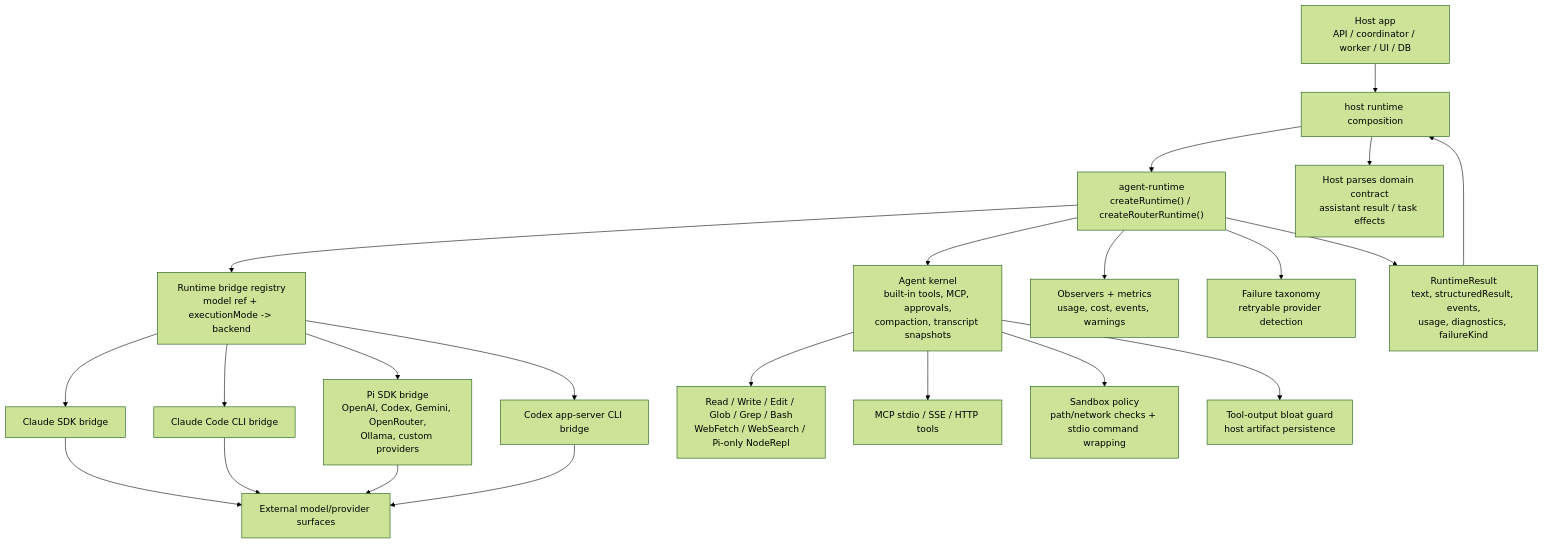
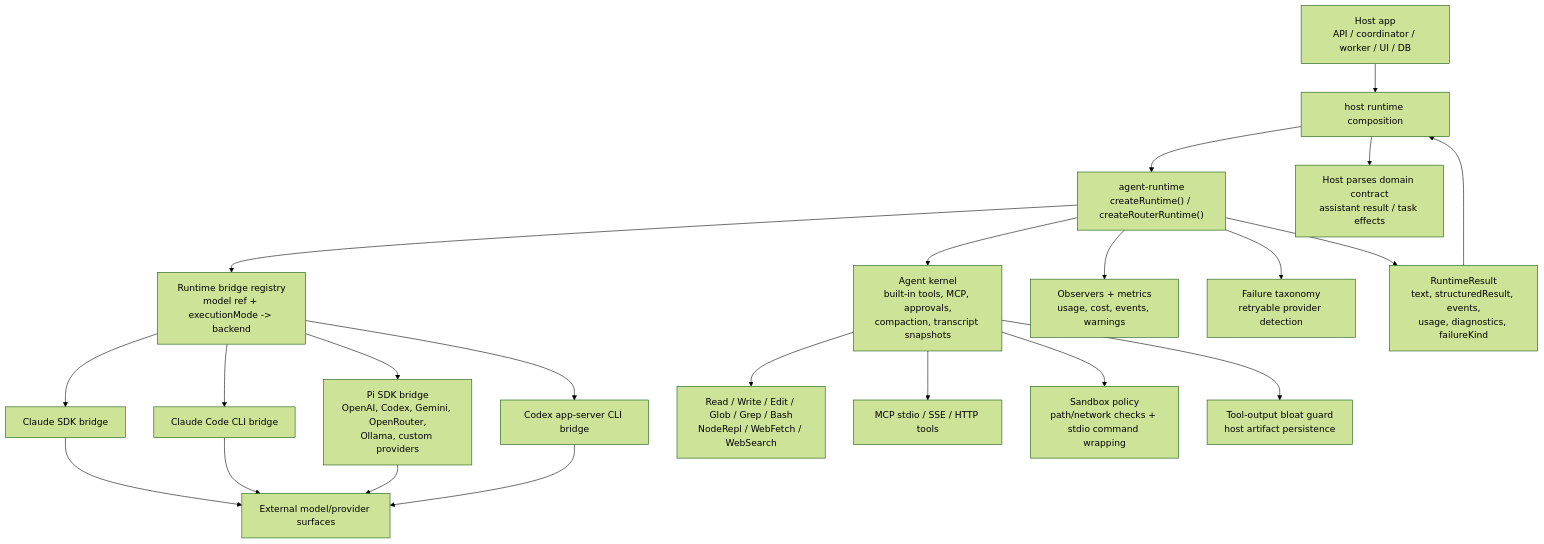
One commit to robertsreberski/mono-agent changed the first of 5 diagrams in packages/agent-runtime/ARCHITECTURE.md. Above: the diagram before and after it, drawn with Mermaid (forest theme). The commit also changed 24 other files, not shown here.

Commit message:
fix(agent-app): treat NodeRepl like other managed tools (#494)

````diff
--- a/packages/agent-runtime/ARCHITECTURE.md
+++ b/packages/agent-runtime/ARCHITECTURE.md
@@ -27,30 +27,30 @@
 ```mermaid
 flowchart TB
   HostApp["Host app<br/>API / coordinator / worker / UI / DB"] --> CoreAI["host runtime composition"]
 
   CoreAI --> Runtime["agent-runtime<br/>createRuntime() / createRouterRuntime()"]
 
   Runtime --> Registry["Runtime bridge registry<br/>model ref + executionMode -> backend"]
   Runtime --> AgentKernel["Agent kernel<br/>built-in tools, MCP, approvals,<br/>compaction, transcript snapshots"]
   Runtime --> Observability["Observers + metrics<br/>usage, cost, events, warnings"]
   Runtime --> Failure["Failure taxonomy<br/>retryable provider detection"]
 
   Registry --> ClaudeSDK["Claude SDK bridge"]
   Registry --> ClaudeCLI["Claude Code CLI bridge"]
   Registry --> PiSDK["Pi SDK bridge<br/>OpenAI, Codex, Gemini, OpenRouter,<br/>Ollama, custom providers"]
   Registry --> CodexApp["Codex app-server CLI bridge"]
 
-  AgentKernel --> Builtins["Read / Write / Edit / Glob / Grep / Bash<br/>WebFetch / WebSearch / Pi-only NodeRepl"]
+  AgentKernel --> Builtins["Read / Write / Edit / Glob / Grep / Bash<br/>NodeRepl / WebFetch / WebSearch"]
   AgentKernel --> MCP["MCP stdio / SSE / HTTP tools"]
   AgentKernel --> Sandbox["Sandbox policy<br/>path/network checks + stdio command wrapping"]
   AgentKernel --> Artifacts["Tool-output bloat guard<br/>host artifact persistence"]
 
   ClaudeSDK --> Providers["External model/provider surfaces"]
   ClaudeCLI --> Providers
   PiSDK --> Providers
   CodexApp --> Providers
 
   Runtime --> Result["RuntimeResult<br/>text, structuredResult, events,<br/>usage, diagnostics, failureKind"]
   Result --> CoreAI
   CoreAI --> HostContract["Host parses domain contract<br/>assistant result / task effects"]
 ```
````
